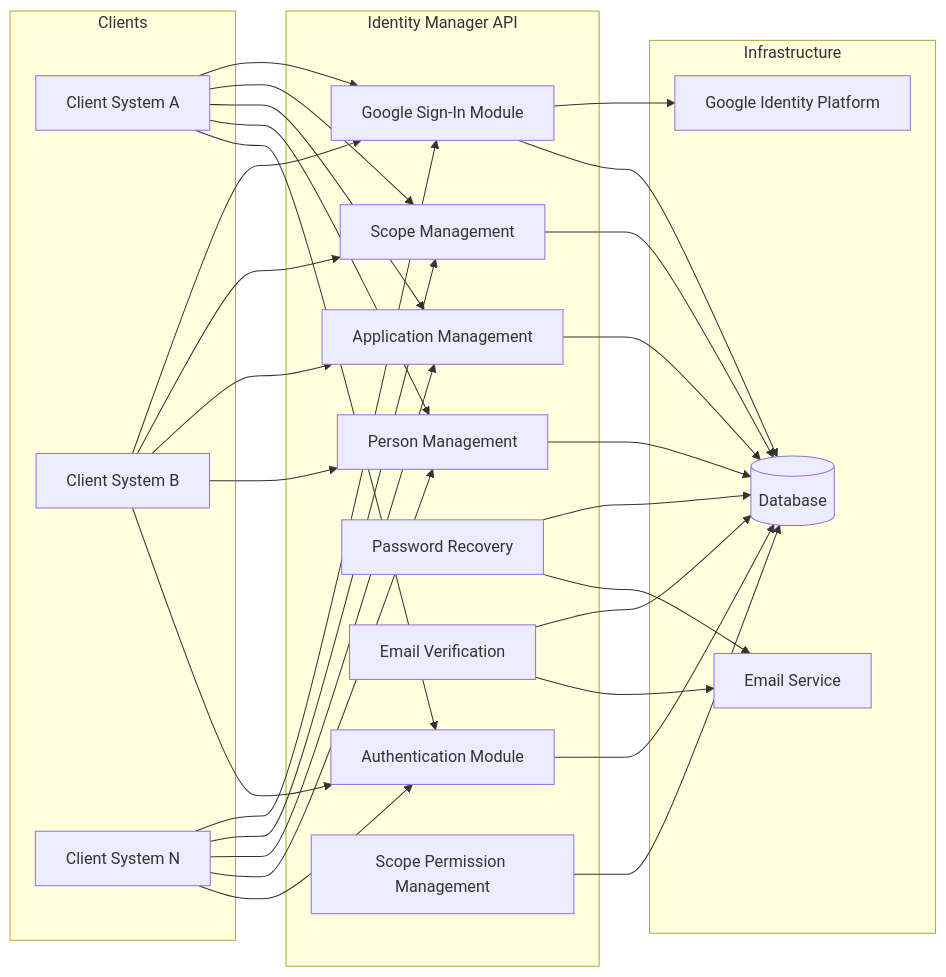
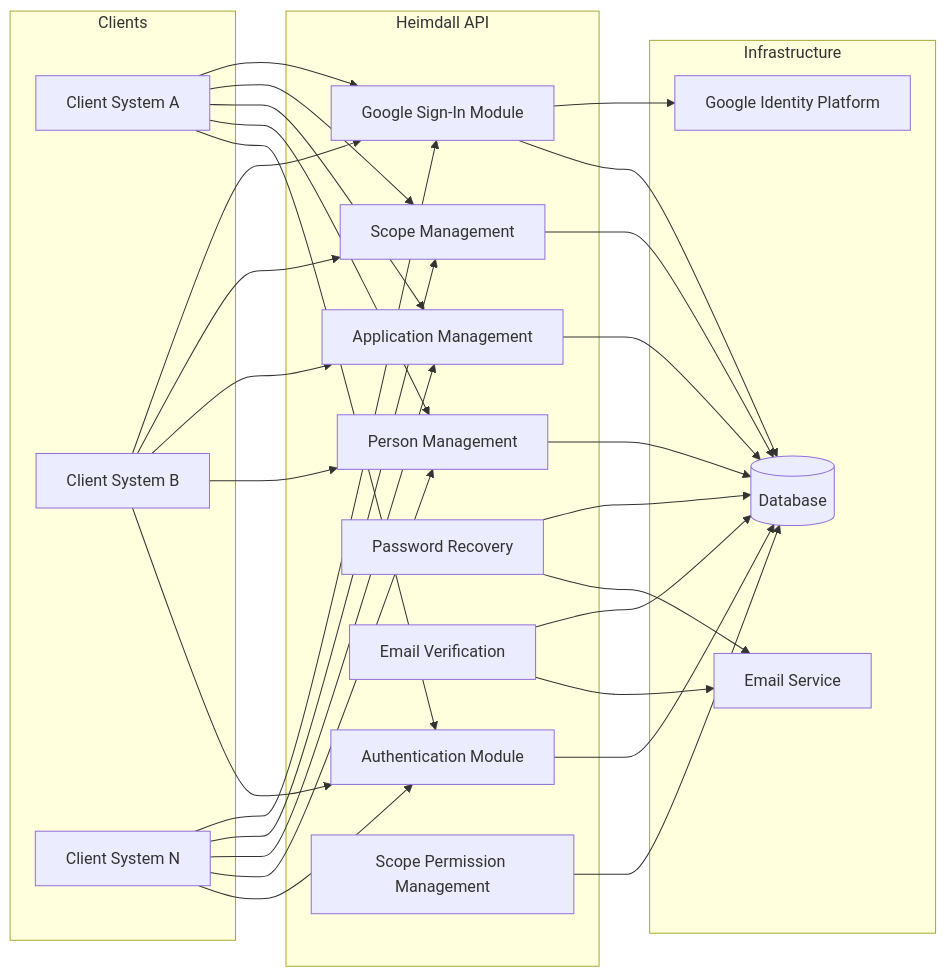
Before and after one commit to artur-rios/heimdall-api: the first of 4 diagrams in docs/requirements/System Requirements Document.md, drawn with Mermaid. The commit also changed other lines of this file and 743 other files, not shown here.

First line of the commit message:
chore: rename project from IdentityManager to Heimdall

````diff
--- a/docs/requirements/System Requirements Document.md
+++ b/docs/requirements/System Requirements Document.md
@@ -38,42 +38,42 @@
 ```mermaid
 graph LR
     subgraph Clients
         C1[Client System A]
         C2[Client System B]
         C3[Client System N]
     end
 
-    subgraph Identity Manager API
+    subgraph Heimdall API
         AUTH[Authentication Module]
         PM[Person Management]
         AM[Application Management]
         SM[Scope Management]
         PR[Password Recovery]
         EV[Email Verification]
         GS[Google Sign-In Module]
         SPM[Scope Permission Management]
     end
 
     subgraph Infrastructure
         DB[(Database)]
         EMAIL[Email Service]
         GOOGLE[Google Identity Platform]
     end
 
     C1 & C2 & C3 --> AUTH
     C1 & C2 & C3 --> PM
     C1 & C2 & C3 --> AM
     C1 & C2 & C3 --> SM
     C1 & C2 & C3 --> GS
     AUTH --> DB
     PM --> DB
     AM --> DB
     SM --> DB
     PR --> EMAIL
     EV --> EMAIL
     PR --> DB
     EV --> DB
     GS --> DB
     GS --> GOOGLE
     SPM --> DB
 ```
````
